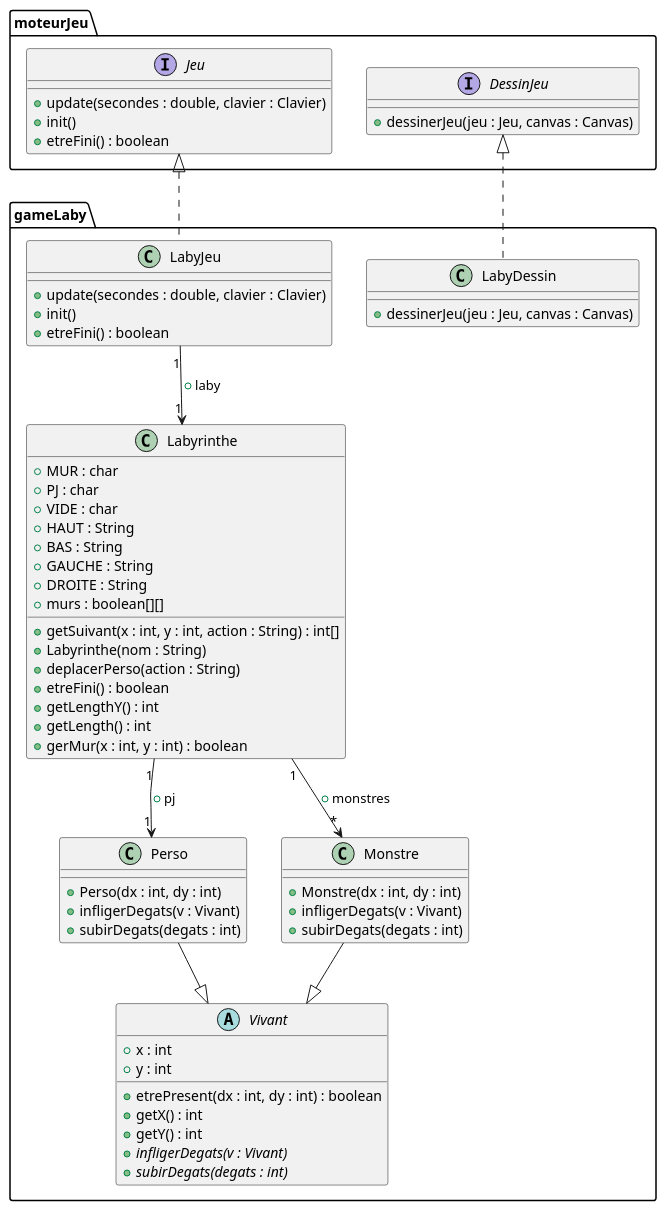
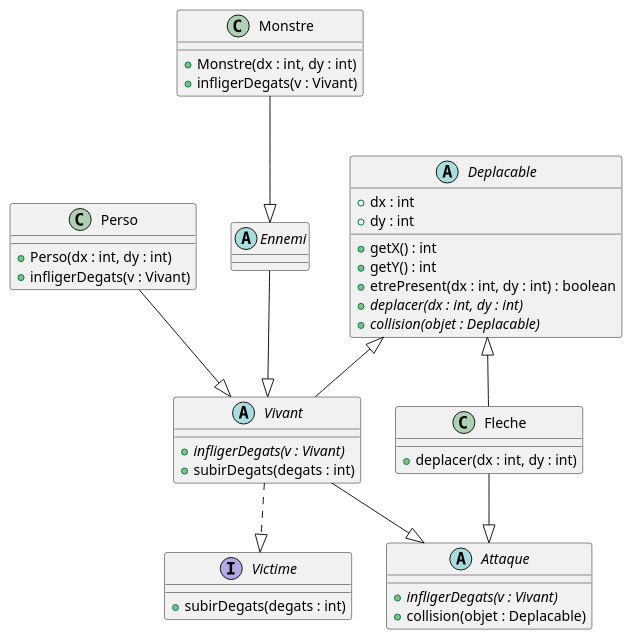
One commit to remi-choffat/2024_Zeldiablo_remi-choffat_Cesareuh_katrinltvnv changed the diagram in documents/version_2/diag_classe_initial_v2.puml. Above: the diagram before and after it, drawn with PlantUML. The commit also changed 1 other file, not shown here.

Commit message:
Nouveau diagramme de classe restructuré

```diff
--- a/documents/version_2/diag_classe_initial_v2.puml
+++ b/documents/version_2/diag_classe_initial_v2.puml
@@ -1,73 +1,54 @@
 @startuml
-package moteurJeu {
-interface Jeu{
-+update(secondes : double, clavier : Clavier)
-+init()
-+etreFini() : boolean
+
+abstract class Deplacable{
++dx : int
++dy : int
++getX() : int
++getY() : int
++etrePresent(dx : int, dy : int) : boolean
++{abstract}deplacer(dx : int, dy : int)
++{abstract}collision(objet : Deplacable)
 }
 
-interface DessinJeu{
-+dessinerJeu(jeu : Jeu, canvas : Canvas)
-}
-}
 
-package gameLaby {
-class Labyrinthe{
-+MUR : char
-+PJ : char
-+VIDE : char
-+HAUT : String
-+BAS : String
-+GAUCHE : String
-+DROITE : String
-+murs : boolean[][]
-+getSuivant(x : int, y : int, action : String) : int[]
-+Labyrinthe(nom : String)
-+deplacerPerso(action : String)
-+etreFini() : boolean
-+getLengthY() : int
-+getLength() : int
-+gerMur(x : int, y : int) : boolean
-}
 
 class Perso{
 +Perso(dx : int, dy : int)
 +infligerDegats(v : Vivant)
-+subirDegats(degats : int)
-}
-
-class LabyJeu{
-+update(secondes : double, clavier : Clavier)
-+init()
-+etreFini() : boolean
-}
-
-class LabyDessin{
-+dessinerJeu(jeu : Jeu, canvas : Canvas)
 }
 
 class Monstre{
 +Monstre(dx : int, dy : int)
 +infligerDegats(v : Vivant)
+}
+
+abstract class Vivant{
++{abstract}infligerDegats(v : Vivant)
 +subirDegats(degats : int)
 }
 
-abstract class Vivant{
-+x : int
-+y : int
-+etrePresent(dx : int, dy : int) : boolean
-+getX() : int
-+getY() : int
-+{abstract}infligerDegats(v : Vivant)
-+{abstract}subirDegats(degats : int)
-}
+interface Victime {
++subirDegats(degats : int)
 }
 
-Labyrinthe "1" --> "1" Perso : "+pj"
-Labyrinthe "1" --> "*" Monstre : "+monstres"
+abstract class Attaque {
++{abstract}infligerDegats(v : Vivant)
++collision(objet : Deplacable)
+}
+
+class Fleche {
++deplacer(dx : int, dy : int)
+}
+
+abstract class Ennemi {
+}
+
+Deplacable <|-- Fleche
+Deplacable <|-- Vivant
 Perso --|> Vivant
-Monstre --|> Vivant
-LabyJeu "1" --> "1" Labyrinthe : "+laby"
-Jeu <|.. LabyJeu
-DessinJeu <|.. LabyDessin
+Monstre --|> Ennemi
+Ennemi --|> Vivant
+Vivant ..|> Victime
+Vivant --|> Attaque
+Fleche --|> Attaque
 @enduml
```
